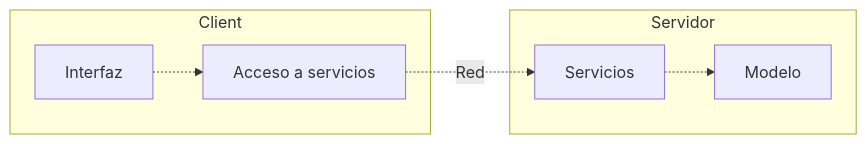
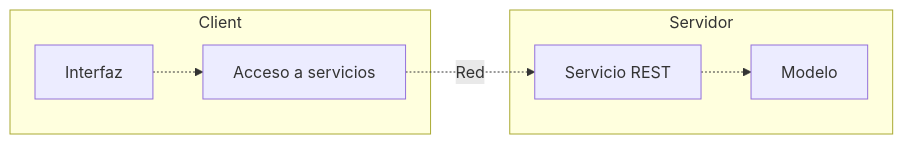
One commit to Adega318/uni-apuntes changed the first of 4 diagrams in 3/3.1/isd/teoríca/isd-service_REST.md. Above: the diagram before and after it, drawn with Mermaid. The commit also changed other lines of this file, not shown here.

Commit message:
vault backup: 2023-11-13 12:00:48

````diff
--- a/3/3.1/isd/teoríca/isd-service_REST.md
+++ b/3/3.1/isd/teoríca/isd-service_REST.md
@@ -4,10 +4,10 @@
 ```mermaid
 flowchart LR
 	subgraph Client
-		I[Interfaz] -.-> AS[Acceso a servicios]
+		I[Interfaz] -.-> AS["Acceso a servicios"]
 	end
 	subgraph Servidor
-		S[Servicios] -.-> M[Modelo]
+		S[Servicio REST] -.-> M[Modelo]
 	end
 	AS -.->|Red| S
 ```
````
